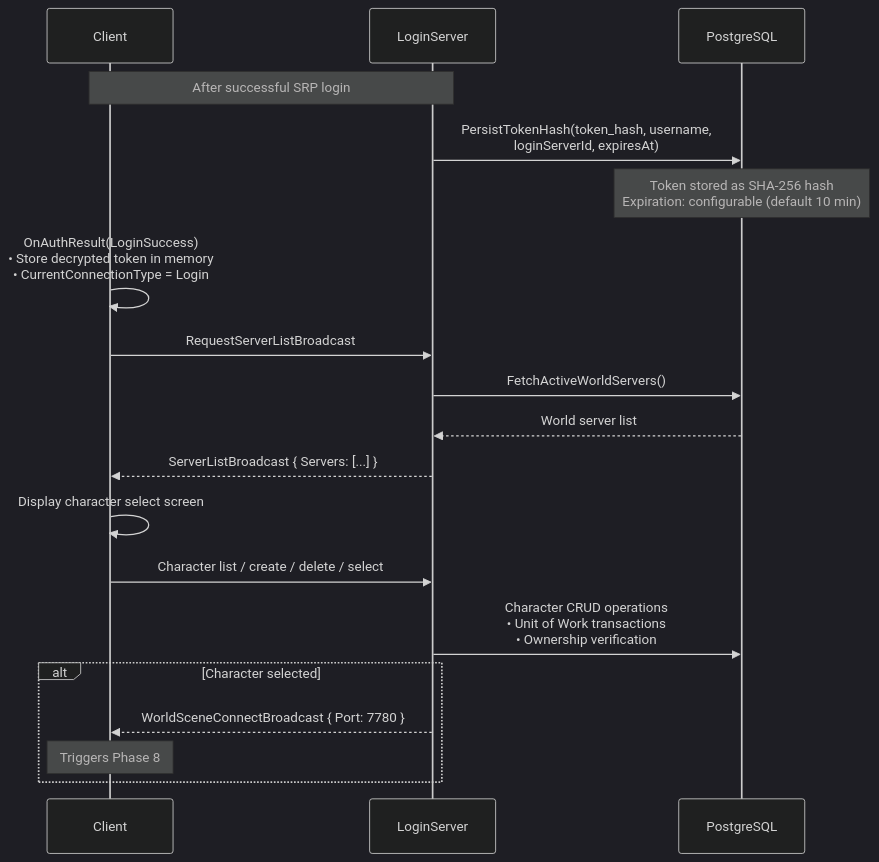
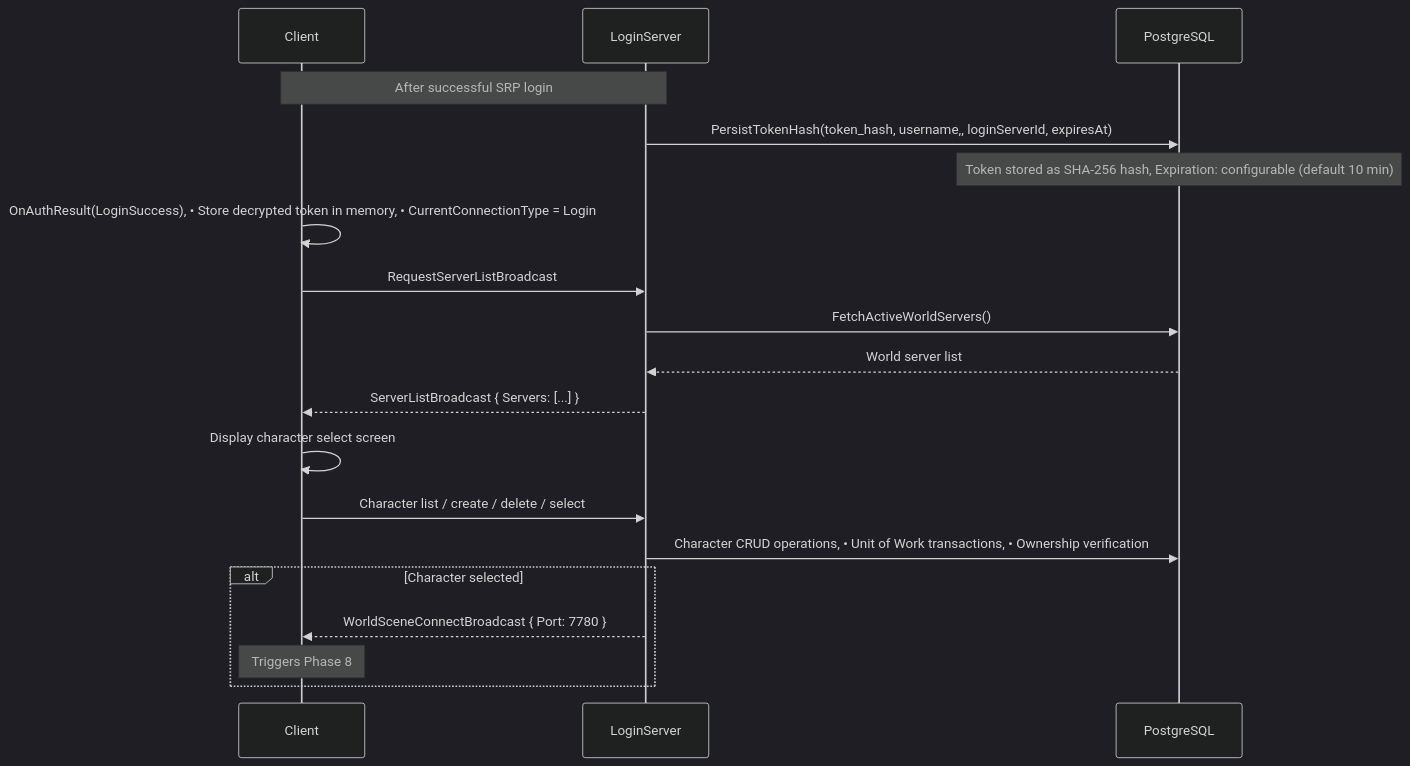
The seventh of 11 diagrams in CONNECTION_PIPELINE.md (jimdroberts/FishMMO), drawn with Mermaid (dark theme) before and after one commit. The commit also changed other lines of this file, not shown here.

````diff
--- a/CONNECTION_PIPELINE.md
+++ b/CONNECTION_PIPELINE.md
@@ -329,28 +329,28 @@
 ```mermaid
 sequenceDiagram
     participant Client as Client
     participant Login as LoginServer
     participant DB as PostgreSQL
 
     Note over Client,Login: After successful SRP login
 
-    Login->>DB: PersistTokenHash(token_hash, username,<br/>  loginServerId, expiresAt)
-    Note over DB: Token stored as SHA-256 hash<br/>Expiration: configurable (default 10 min)
+    Login->>DB: PersistTokenHash(token_hash, username,,   loginServerId, expiresAt)
+    Note over DB: Token stored as SHA-256 hash, Expiration: configurable (default 10 min)
 
-    Client->>Client: OnAuthResult(LoginSuccess)<br/>• Store decrypted token in memory<br/>• CurrentConnectionType = Login
+    Client->>Client: OnAuthResult(LoginSuccess), • Store decrypted token in memory, • CurrentConnectionType = Login
 
     Client->>Login: RequestServerListBroadcast
     Login->>DB: FetchActiveWorldServers()
     DB-->>Login: World server list
     Login-->>Client: ServerListBroadcast { Servers: [...] }
 
     Client->>Client: Display character select screen
     Client->>Login: Character list / create / delete / select
 
-    Login->>DB: Character CRUD operations<br/>• Unit of Work transactions<br/>• Ownership verification
+    Login->>DB: Character CRUD operations, • Unit of Work transactions, • Ownership verification
 
     alt Character selected
         Login-->>Client: WorldSceneConnectBroadcast { Port: 7780 }
         Note over Client: Triggers Phase 8
     end
 ```
````
